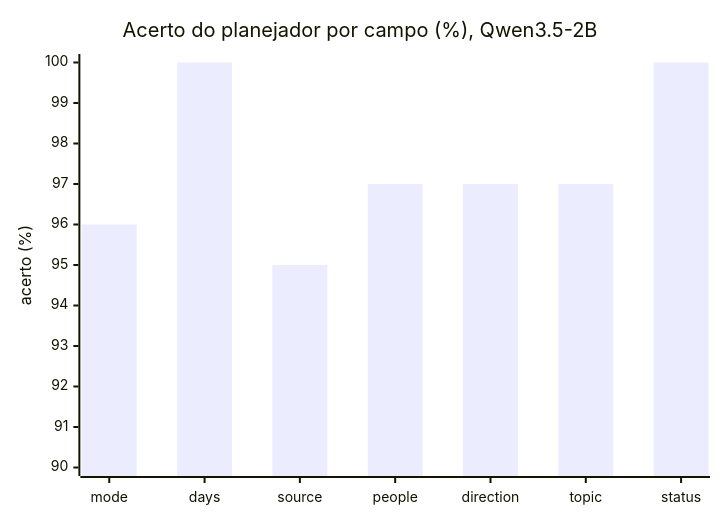
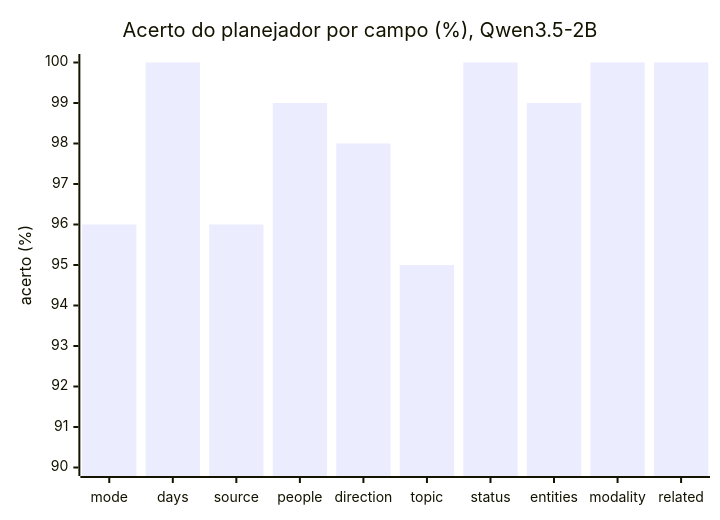
The first of 8 diagrams in docs/BENCHMARKS.pt-BR.md (Chipskein/cade), drawn with Mermaid before and after one commit. The commit also changed other lines of this file and 5 other files, not shown here.

First line of the commit message:
docs: the graph search in USECASES, ARCHITECTURE, BENCHMARKS and ROADMAP (#24)

````diff
--- a/docs/BENCHMARKS.pt-BR.md
+++ b/docs/BENCHMARKS.pt-BR.md
@@ -155,7 +155,7 @@
 ```mermaid
 xychart-beta
   title "Acerto do planejador por campo (%), Qwen3.5-2B"
-  x-axis ["mode", "days", "source", "people", "direction", "topic", "status"]
+  x-axis ["mode", "days", "source", "people", "direction", "topic", "status", "entities", "modality", "related"]
   y-axis "acerto (%)" 90 --> 100
-  bar [96, 100, 95, 97, 97, 97, 100]
+  bar [96, 100, 96, 99, 98, 95, 100, 99, 100, 100]
 ```
````
